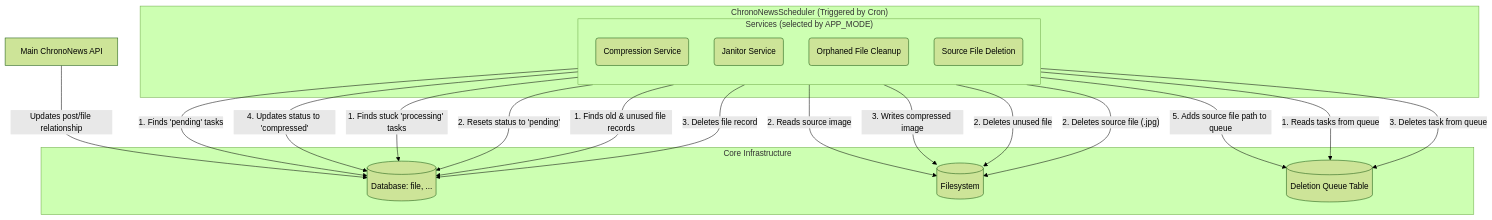
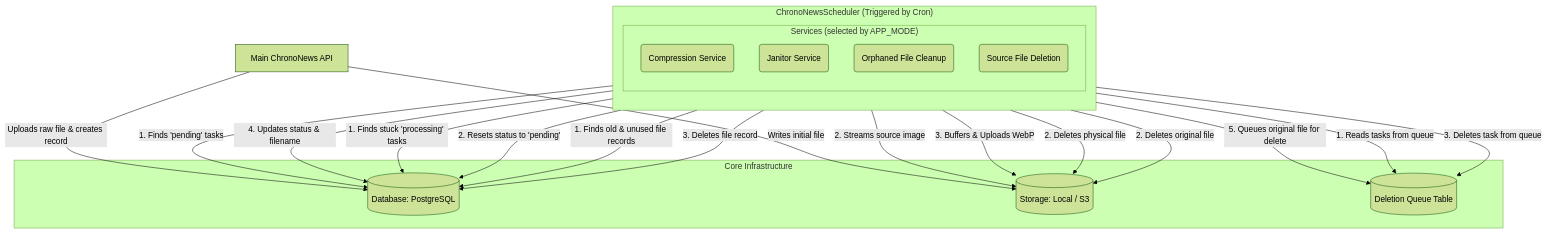
One commit to ScrKiddie/ChronoNewsScheduler changed the diagram in README.md. Above: the diagram before and after it, drawn with Mermaid (forest theme). The commit also changed other lines of this file and 14 other files, not shown here.

````diff
--- a/README.md
+++ b/README.md
@@ -19,40 +18,41 @@
 ```mermaid
 graph TD
     subgraph "Core Infrastructure"
-        DB[(Database: file, ...)]
-        FS[(Filesystem)]
+        DB[(Database: PostgreSQL)]
+        Storage[(Storage: Local / S3)]
         DeletionQueue[(Deletion Queue Table)]
     end
     
     MainApp[Main ChronoNews API]
 
     subgraph "ChronoNewsScheduler (Triggered by Cron)"
+        direction TB
         subgraph "Services (selected by APP_MODE)"
-            direction TB
             CompressionService(Compression Service)
             JanitorService(Janitor Service)
             CleanupService(Orphaned File Cleanup)
             DeletionService(Source File Deletion)
         end
     end
 
     %% Interactions
-    MainApp -- "Updates post/file relationship" --> DB
+    MainApp -- "Uploads raw file & creates record" --> DB
+    MainApp -- "Writes initial file" --> Storage
 
     CompressionService -- "1. Finds 'pending' tasks" --> DB
-    CompressionService -- "2. Reads source image" --> FS
-    CompressionService -- "3. Writes compressed image" --> FS
-    CompressionService -- "4. Updates status to 'compressed'" --> DB
-    CompressionService -- "5. Adds source file path to queue" --> DeletionQueue
+    CompressionService -- "2. Streams source image" --> Storage
+    CompressionService -- "3. Buffers & Uploads WebP" --> Storage
+    CompressionService -- "4. Updates status & filename" --> DB
+    CompressionService -- "5. Queues original file for delete" --> DeletionQueue
 
     JanitorService -- "1. Finds stuck 'processing' tasks" --> DB
     JanitorService -- "2. Resets status to 'pending'" --> DB
 
     CleanupService -- "1. Finds old & unused file records" --> DB
-    CleanupService -- "2. Deletes unused file" --> FS
+    CleanupService -- "2. Deletes physical file" --> Storage
     CleanupService -- "3. Deletes file record" --> DB
 
     DeletionService -- "1. Reads tasks from queue" --> DeletionQueue
-    DeletionService -- "2. Deletes source file (.jpg)" --> FS
+    DeletionService -- "2. Deletes original file" --> Storage
     DeletionService -- "3. Deletes task from queue" --> DeletionQueue
 ```
````
